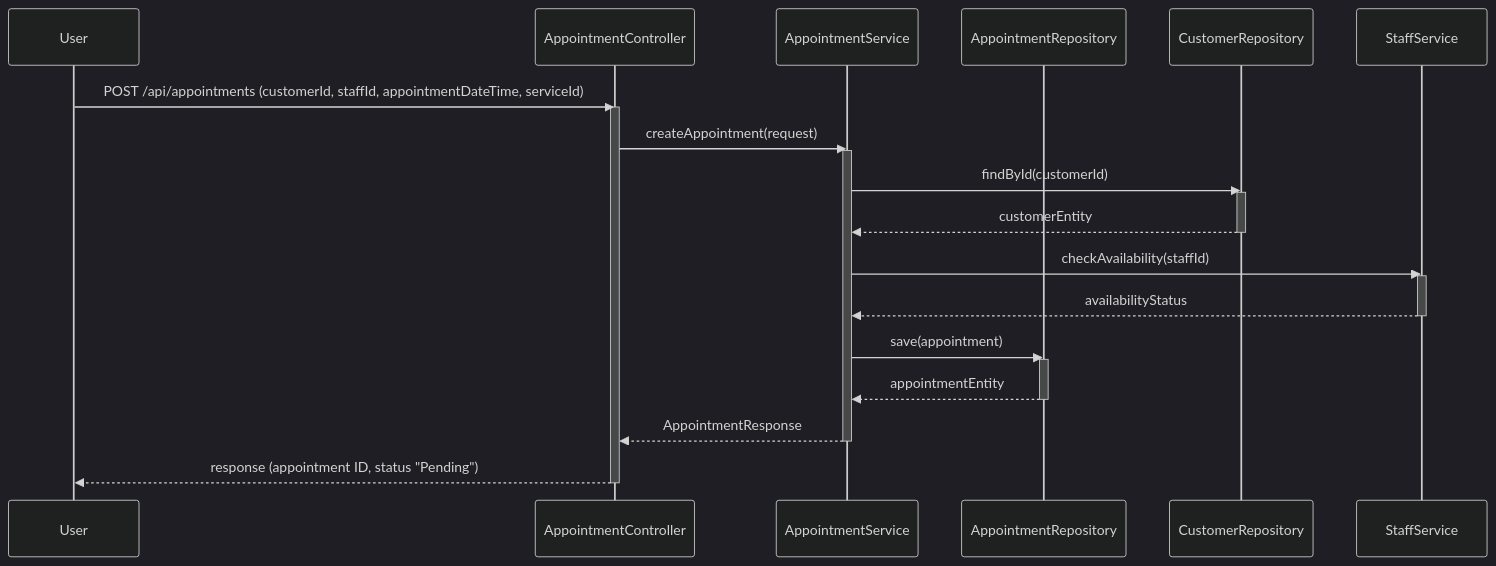
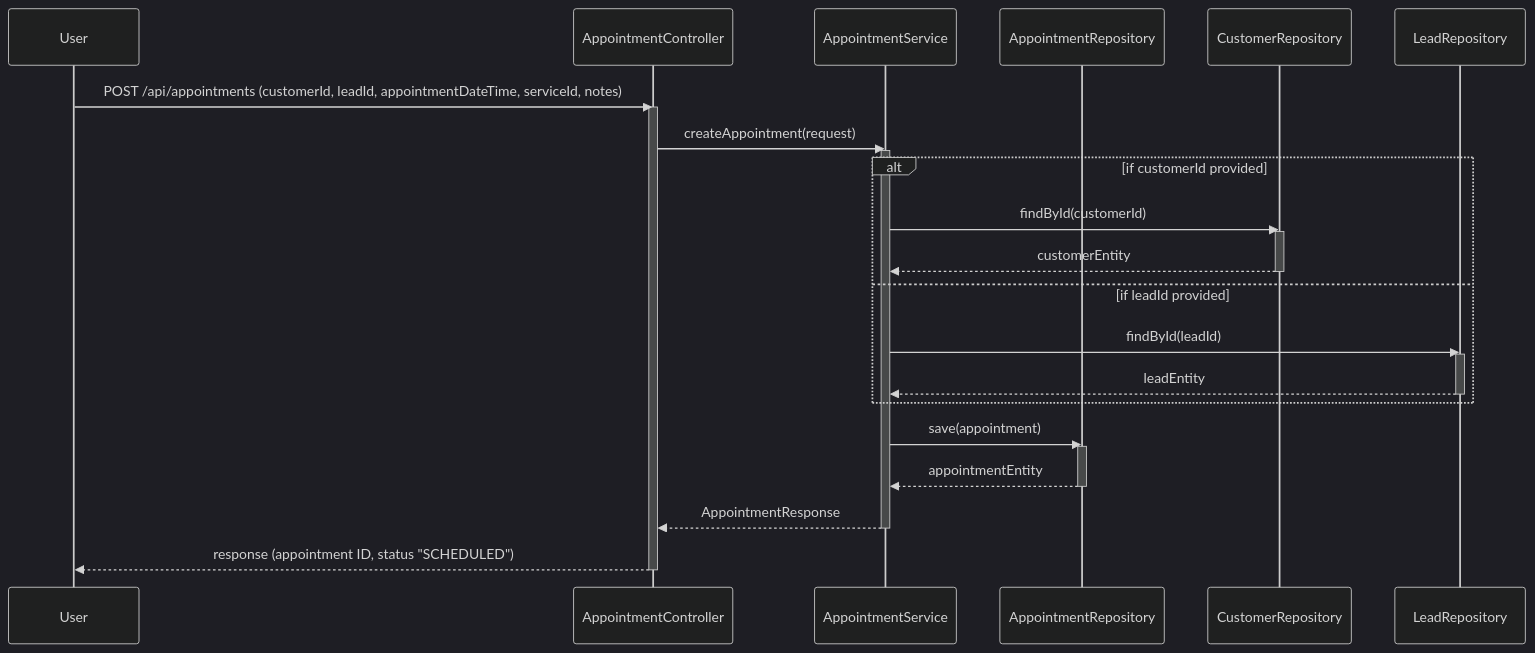
One commit to tdthanh-dev/ims-crm-spa-backend changed the fourth of 7 diagrams in sequence_diagrams.md. Above: the diagram before and after it, drawn with Mermaid (dark theme). The commit also changed other lines of this file, not shown here.

````diff
--- a/sequence_diagrams.md
+++ b/sequence_diagrams.md
@@ -304,30 +105,33 @@
 ```mermaid
 sequenceDiagram
     participant User as User
     participant AppointmentController
     participant AppointmentService
     participant AppointmentRepository
     participant CustomerRepository
-    participant StaffService
+    participant LeadRepository
 
-    User->>AppointmentController: POST /api/appointments (customerId, staffId, appointmentDateTime, serviceId)
+    User->>AppointmentController: POST /api/appointments (customerId, leadId, appointmentDateTime, serviceId, notes)
     activate AppointmentController
     AppointmentController->>AppointmentService: createAppointment(request)
     activate AppointmentService
-    AppointmentService->>CustomerRepository: findById(customerId)
-    activate CustomerRepository
-    CustomerRepository-->>AppointmentService: customerEntity
-    deactivate CustomerRepository
-    AppointmentService->>StaffService: checkAvailability(staffId)
-    activate StaffService
-    StaffService-->>AppointmentService: availabilityStatus
-    deactivate StaffService
+    alt if customerId provided
+        AppointmentService->>CustomerRepository: findById(customerId)
+        activate CustomerRepository
+        CustomerRepository-->>AppointmentService: customerEntity
+        deactivate CustomerRepository
+    else if leadId provided
+        AppointmentService->>LeadRepository: findById(leadId)
+        activate LeadRepository
+        LeadRepository-->>AppointmentService: leadEntity
+        deactivate LeadRepository
+    end
     AppointmentService->>AppointmentRepository: save(appointment)
     activate AppointmentRepository
     AppointmentRepository-->>AppointmentService: appointmentEntity
     deactivate AppointmentRepository
     AppointmentService-->>AppointmentController: AppointmentResponse
     deactivate AppointmentService
-    AppointmentController-->>User: response (appointment ID, status "Pending")
+    AppointmentController-->>User: response (appointment ID, status "SCHEDULED")
     deactivate AppointmentController
 ```
````
